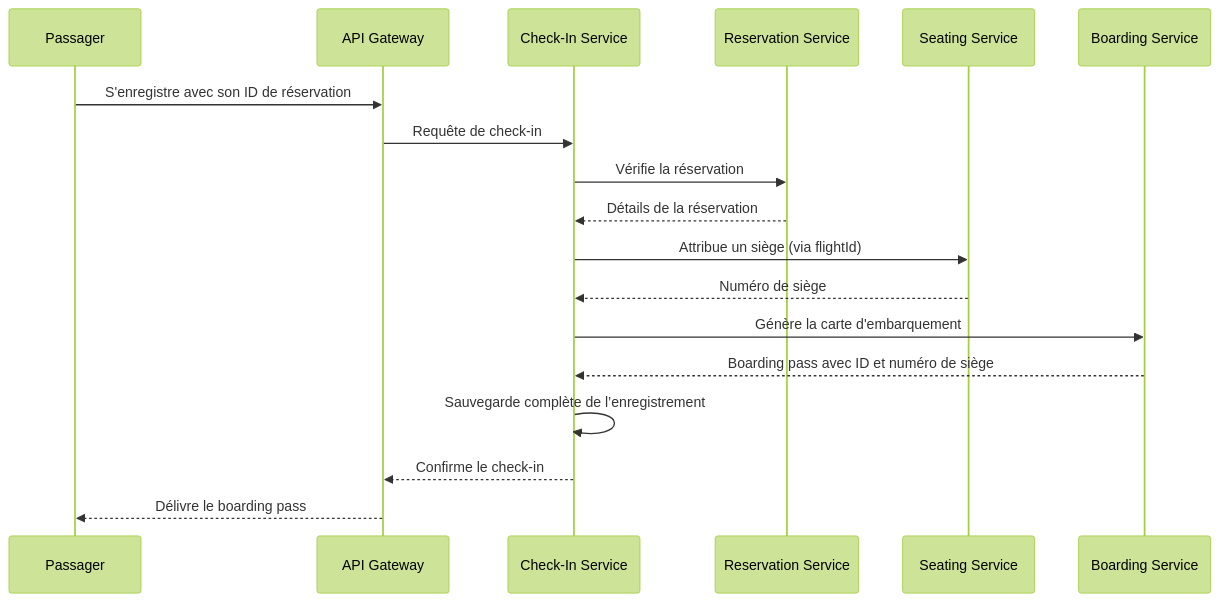
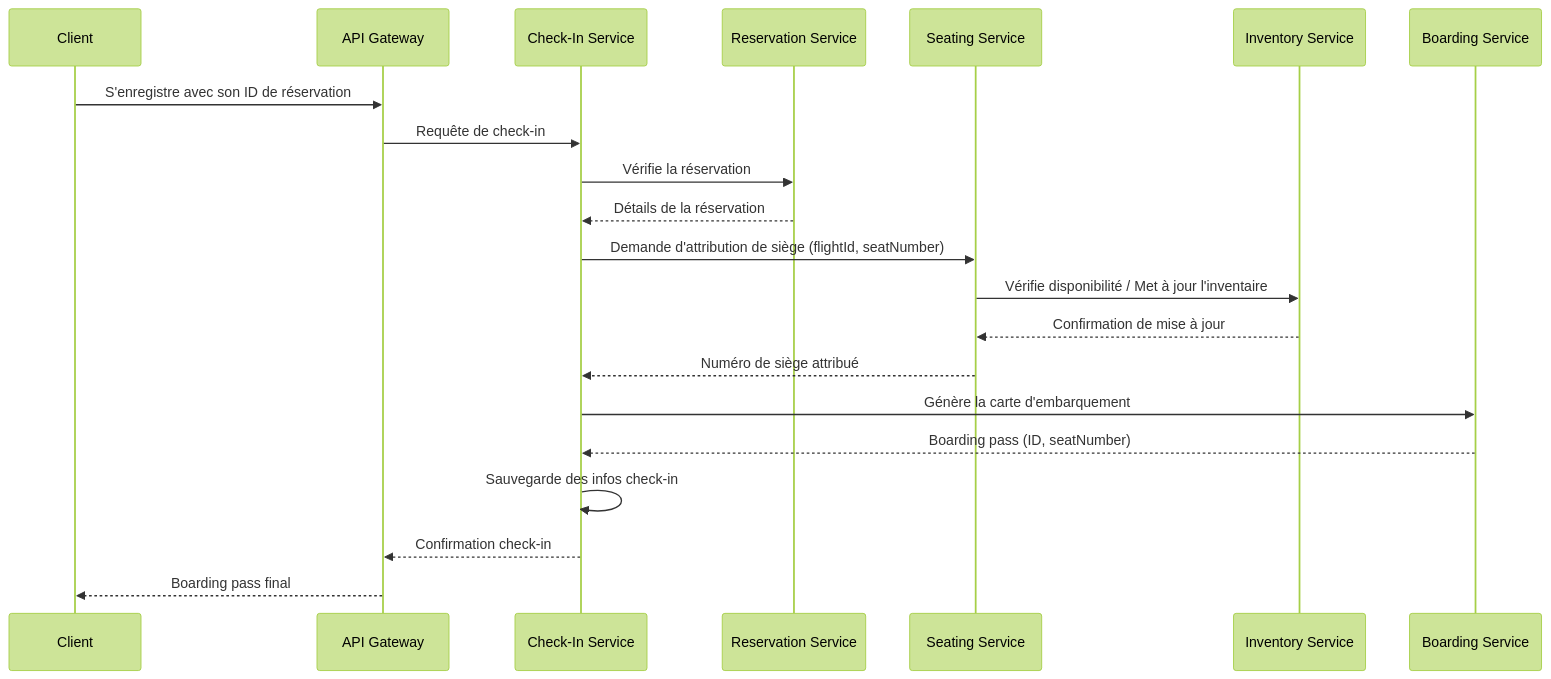
Before and after one commit to juliehuyen/FlightReservations: the diagram in Zoom - Check-in.mermaid, drawn with Mermaid (forest theme).

Commit message:
📝 Update Zoom - Check-in.mermaid

```diff
--- a/Zoom - Check-in.mermaid
+++ b/Zoom - Check-in.mermaid
@@ -1,23 +1,26 @@
 sequenceDiagram
-    participant Client as Passager
+    participant Client as Client
     participant Gateway as API Gateway
     participant CheckIn as Check-In Service
     participant Reservation as Reservation Service
     participant Seating as Seating Service
+    participant Inventory as Inventory Service
     participant Boarding as Boarding Service
 
     Client->>Gateway: S'enregistre avec son ID de réservation
     Gateway->>CheckIn: Requête de check-in
 
     CheckIn->>Reservation: Vérifie la réservation
     Reservation-->>CheckIn: Détails de la réservation
 
-    CheckIn->>Seating: Attribue un siège (via flightId)
-    Seating-->>CheckIn: Numéro de siège
+    CheckIn->>Seating: Demande d'attribution de siège (flightId, seatNumber)
+    Seating->>Inventory: Vérifie disponibilité / Met à jour l'inventaire
+    Inventory-->>Seating: Confirmation de mise à jour
+    Seating-->>CheckIn: Numéro de siège attribué
 
     CheckIn->>Boarding: Génère la carte d'embarquement
-    Boarding-->>CheckIn: Boarding pass avec ID et numéro de siège
+    Boarding-->>CheckIn: Boarding pass (ID, seatNumber)
 
-    CheckIn->>CheckIn: Sauvegarde complète de l’enregistrement
-    CheckIn-->>Gateway: Confirme le check-in
-    Gateway-->>Client: Délivre le boarding pass
+    CheckIn->>CheckIn: Sauvegarde des infos check-in
+    CheckIn-->>Gateway: Confirmation check-in
+    Gateway-->>Client: Boarding pass final
```
